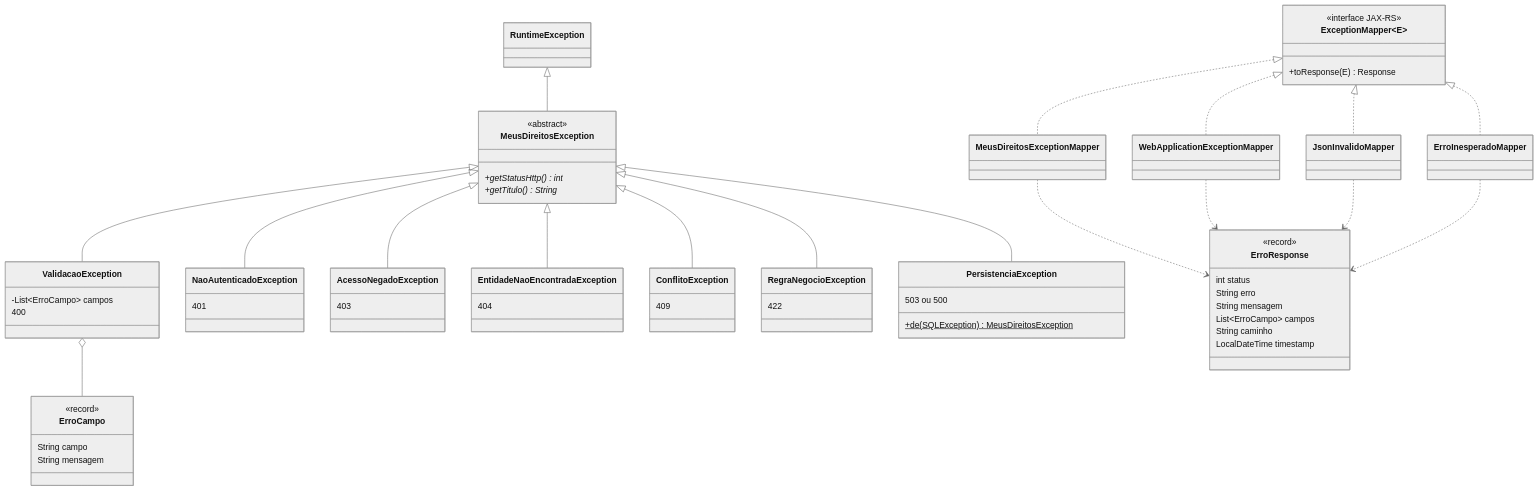
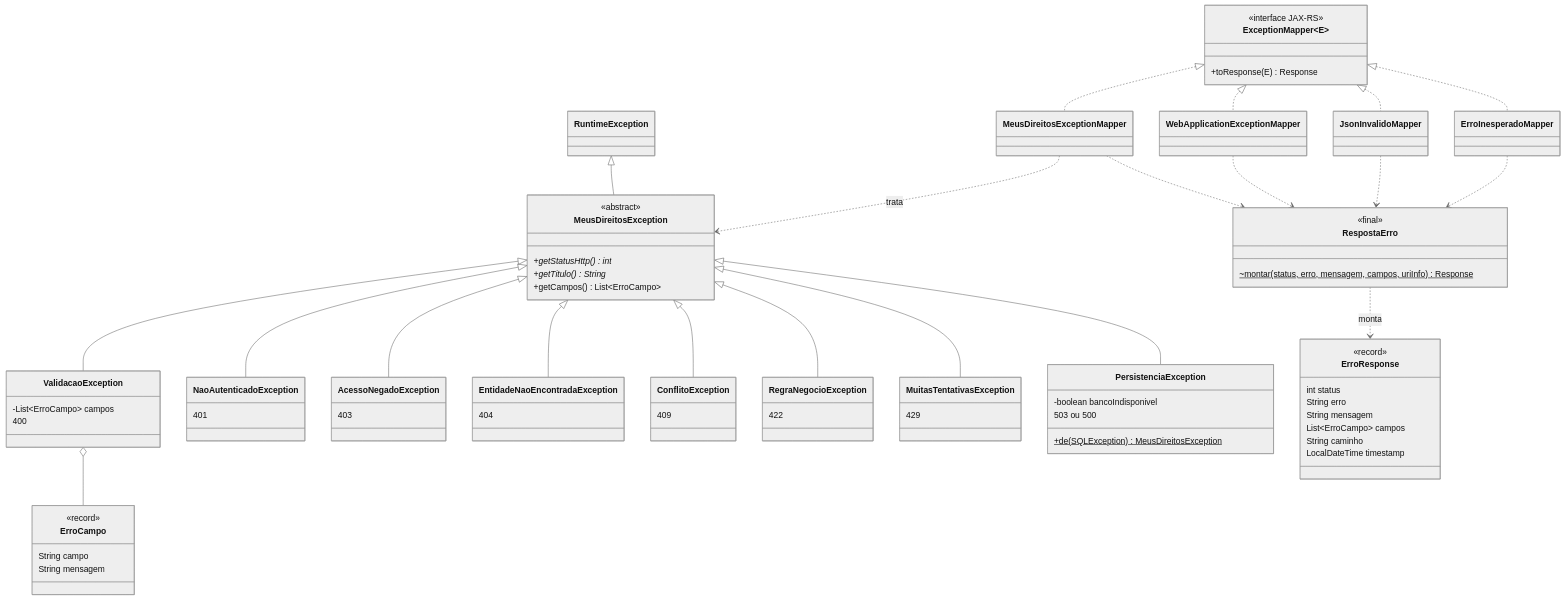
The third of 3 diagrams in docs/diagramas/diagrama-classes.md (JoaoRicardoSOC/meus-direitos), drawn with Mermaid (neutral theme) before and after one commit. The commit also changed other lines of this file and 3 other files, not shown here.

Commit message:
docs(diagramas): atualiza o diagrama de classes e regera os svgs

````diff
--- a/docs/diagramas/diagrama-classes.md
+++ b/docs/diagramas/diagrama-classes.md
@@ -287,6 +466,7 @@
         <<abstract>>
         +getStatusHttp()* int
         +getTitulo()* String
+        +getCampos() List~ErroCampo~
     }
     class ValidacaoException {
         -List~ErroCampo~ campos
@@ -307,7 +487,11 @@
     class RegraNegocioException {
         422
     }
+    class MuitasTentativasException {
+        429
+    }
     class PersistenciaException {
+        -boolean bancoIndisponivel
         503 ou 500
         +de(SQLException)$ MeusDireitosException
     }
@@ -324,6 +508,7 @@
     MeusDireitosException <|-- EntidadeNaoEncontradaException
     MeusDireitosException <|-- ConflitoException
     MeusDireitosException <|-- RegraNegocioException
+    MeusDireitosException <|-- MuitasTentativasException
     MeusDireitosException <|-- PersistenciaException
     ValidacaoException o-- ErroCampo
 
@@ -335,6 +520,10 @@
     class WebApplicationExceptionMapper
     class JsonInvalidoMapper
     class ErroInesperadoMapper
+    class RespostaErro {
+        <<final>>
+        ~montar(status, erro, mensagem, campos, uriInfo)$ Response
+    }
     class ErroResponse {
         <<record>>
         int status
@@ -349,8 +538,10 @@
     ExceptionMapper <|.. WebApplicationExceptionMapper
     ExceptionMapper <|.. JsonInvalidoMapper
     ExceptionMapper <|.. ErroInesperadoMapper
-    MeusDireitosExceptionMapper ..> ErroResponse
-    WebApplicationExceptionMapper ..> ErroResponse
-    JsonInvalidoMapper ..> ErroResponse
-    ErroInesperadoMapper ..> ErroResponse
+    MeusDireitosExceptionMapper ..> MeusDireitosException : trata
+    MeusDireitosExceptionMapper ..> RespostaErro
+    WebApplicationExceptionMapper ..> RespostaErro
+    JsonInvalidoMapper ..> RespostaErro
+    ErroInesperadoMapper ..> RespostaErro
+    RespostaErro ..> ErroResponse : monta
 ```
````
